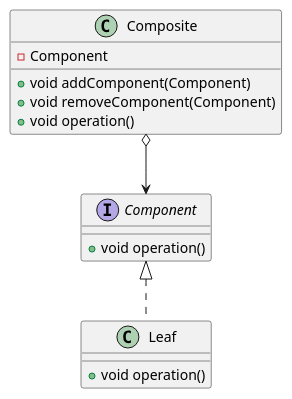
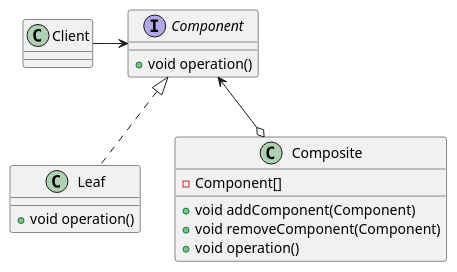
Before and after one commit to ohtaeg/TIL: the diagram in design-pattern/src/chapter14_composite/uml/composite.puml, drawn with PlantUML. The commit also changed 8 other files, not shown here.

```diff
--- a/design-pattern/src/chapter14_composite/uml/composite.puml
+++ b/design-pattern/src/chapter14_composite/uml/composite.puml
@@ -1,20 +1,21 @@
 @startuml
 
 interface Component {
     + void operation()
 }
 
 class Leaf implements Component {
     + void operation()
 }
 
 class Composite {
-    - Component
+    - Component[]
     + void addComponent(Component)
     + void removeComponent(Component)
     + void operation()
 }
 
-Composite o--> Component
+Client -right-> Component
+Composite o-up-> Component
 
 @enduml
```
